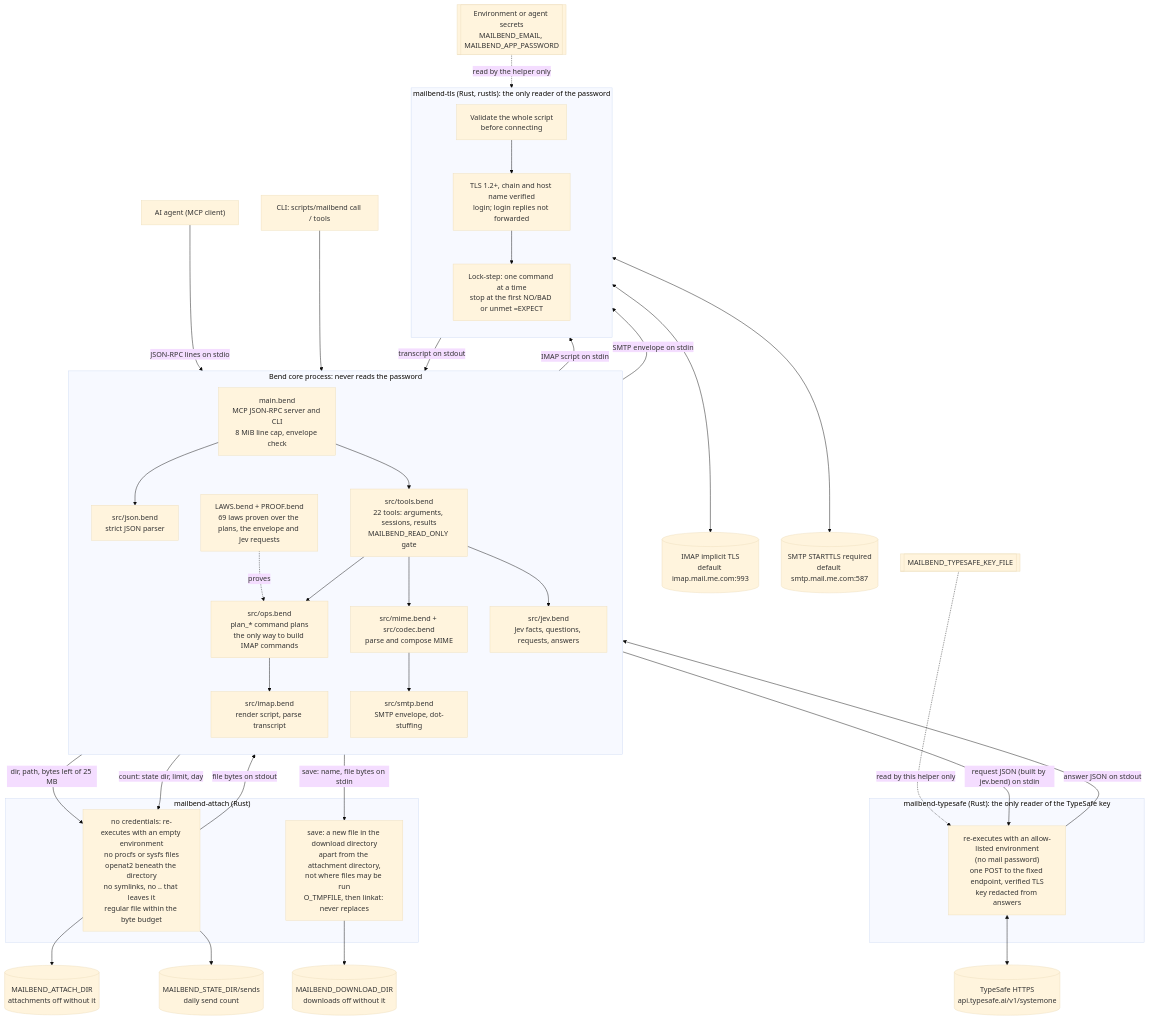
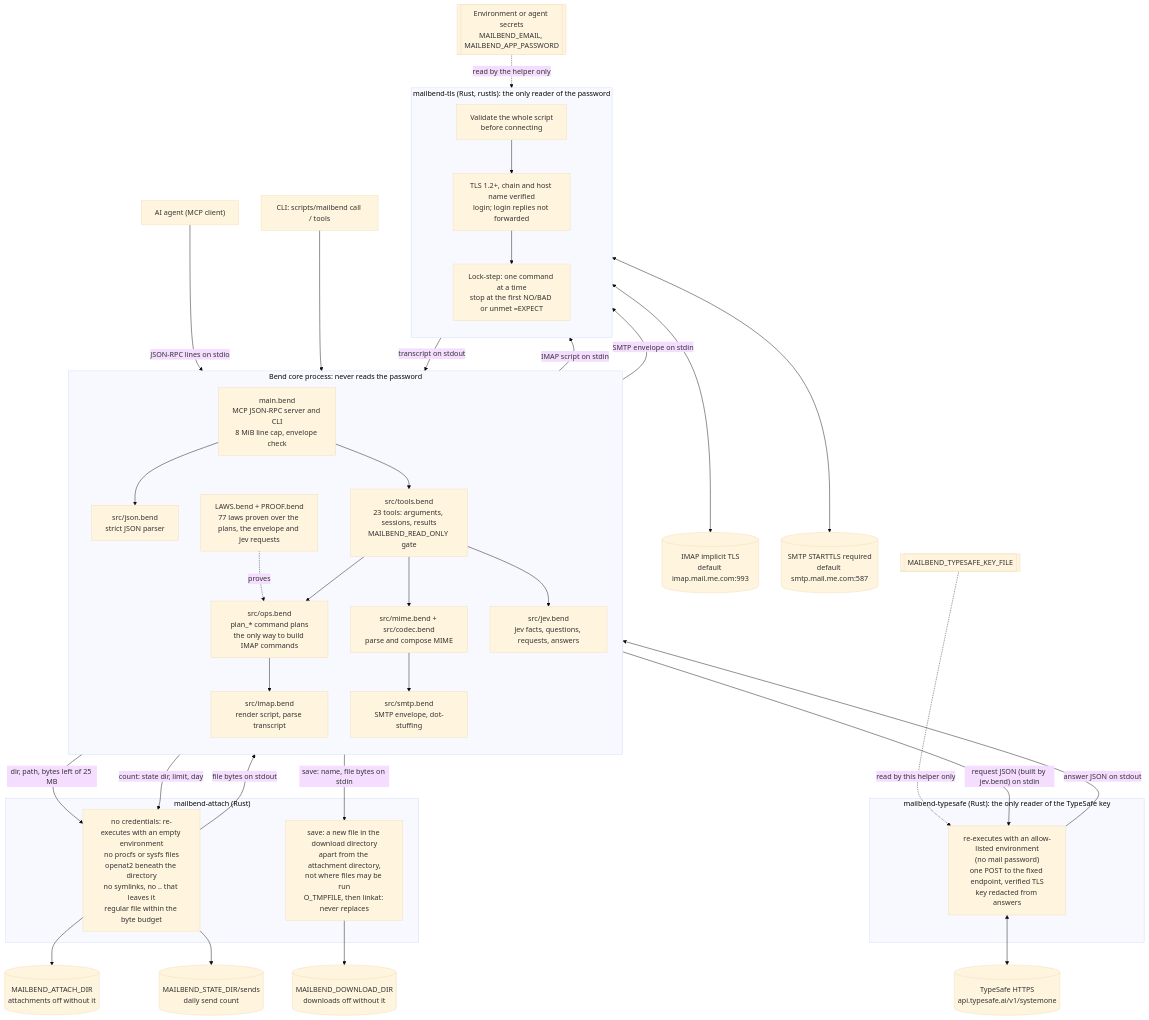
One commit to albertc71/MailBend changed the first of 3 diagrams in docs/ARCHITECTURE.md. Above: the diagram before and after it, drawn with Mermaid (base theme). The commit also changed other lines of this file and 15 other files, not shown here.

````diff
--- a/docs/ARCHITECTURE.md
+++ b/docs/ARCHITECTURE.md
@@ -30,73 +30,73 @@
 ```mermaid
 flowchart TB
   agent["AI agent (MCP client)"]
   cli["CLI: scripts/mailbend call / tools"]
   env[["Environment or agent secrets<br/>MAILBEND_EMAIL, MAILBEND_APP_PASSWORD"]]
 
   subgraph core["Bend core process: never reads the password"]
     direction TB
     main["main.bend<br/>MCP JSON-RPC server and CLI<br/>8 MiB line cap, envelope check"]
     json["src/json.bend<br/>strict JSON parser"]
-    tools["src/tools.bend<br/>22 tools: arguments, sessions, results<br/>MAILBEND_READ_ONLY gate"]
+    tools["src/tools.bend<br/>23 tools: arguments, sessions, results<br/>MAILBEND_READ_ONLY gate"]
     ops["src/ops.bend<br/>plan_* command plans<br/>the only way to build IMAP commands"]
-    laws["LAWS.bend + PROOF.bend<br/>69 laws proven over the plans, the envelope and Jev requests"]
+    laws["LAWS.bend + PROOF.bend<br/>77 laws proven over the plans, the envelope and Jev requests"]
     imap["src/imap.bend<br/>render script, parse transcript"]
     mime["src/mime.bend + src/codec.bend<br/>parse and compose MIME"]
     smtp["src/smtp.bend<br/>SMTP envelope, dot-stuffing"]
     jevb["src/jev.bend<br/>Jev facts, questions, requests, answers"]
   end
 
   subgraph helper["mailbend-tls (Rust, rustls): the only reader of the password"]
     direction TB
     validate["Validate the whole script<br/>before connecting"]
     tls["TLS 1.2+, chain and host name verified<br/>login; login replies not forwarded"]
     lock["Lock-step: one command at a time<br/>stop at the first NO/BAD or unmet =EXPECT"]
   end
 
   subgraph reader["mailbend-attach (Rust)"]
     attach["no credentials: re-executes with an empty environment<br/>no procfs or sysfs files<br/>openat2 beneath the directory<br/>no symlinks, no .. that leaves it<br/>regular file within the byte budget"]
     save["save: a new file in the download directory<br/>apart from the attachment directory,<br/>not where files may be run<br/>O_TMPFILE, then linkat: never replaces"]
   end
 
   subgraph typesafe["mailbend-typesafe (Rust): the only reader of the TypeSafe key"]
     ask["re-executes with an allow-listed environment<br/>(no mail password)<br/>one POST to the fixed endpoint, verified TLS<br/>key redacted from answers"]
   end
 
   imapsrv[("IMAP implicit TLS<br/>default imap.mail.me.com:993")]
   smtpsrv[("SMTP STARTTLS required<br/>default smtp.mail.me.com:587")]
   files[("MAILBEND_ATTACH_DIR<br/>attachments off without it")]
   sends[("MAILBEND_STATE_DIR/sends<br/>daily send count")]
   downloads[("MAILBEND_DOWNLOAD_DIR<br/>downloads off without it")]
   tsapi[("TypeSafe HTTPS<br/>api.typesafe.ai/v1/systemone")]
   tskey[["MAILBEND_TYPESAFE_KEY_FILE"]]
 
   agent -- "JSON-RPC lines on stdio" --> main
   cli --> main
   main --> json
   main --> tools
   tools --> ops
   laws -. "proves" .-> ops
   ops --> imap
   tools --> mime
   mime --> smtp
   imap -- "IMAP script on stdin" --> validate
   smtp -- "SMTP envelope on stdin" --> validate
   validate --> tls
   tls --> lock
   lock <--> imapsrv
   lock <--> smtpsrv
   lock -- "transcript on stdout" --> imap
   tools -- "dir, path, bytes left of 25 MB" --> attach
   attach --> files
   attach -- "file bytes on stdout" --> tools
   tools -- "count: state dir, limit, day" --> attach
   attach --> sends
   tools -- "save: name, file bytes on stdin" --> save
   save --> downloads
   tools --> jevb
   tools -- "request JSON (built by jev.bend) on stdin" --> ask
   ask -- "answer JSON on stdout" --> tools
   ask <--> tsapi
   env -. "read by the helper only" .-> tls
   tskey -. "read by this helper only" .-> ask
 ```
````
